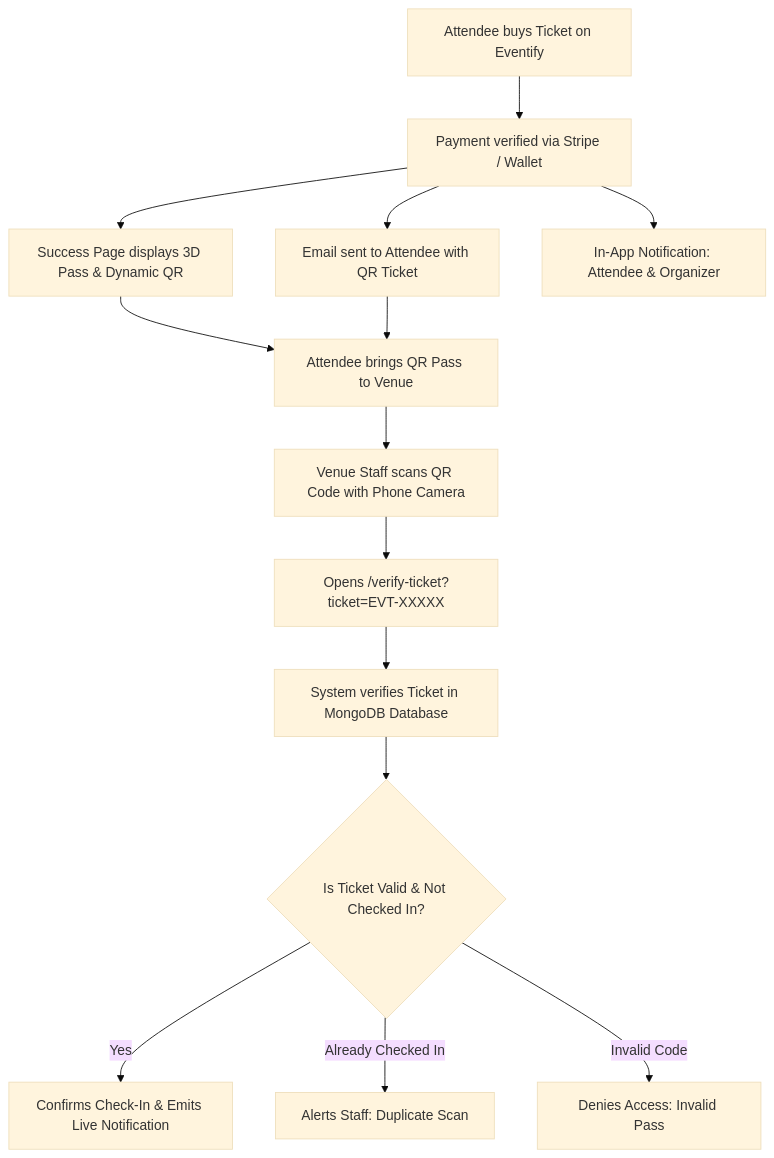
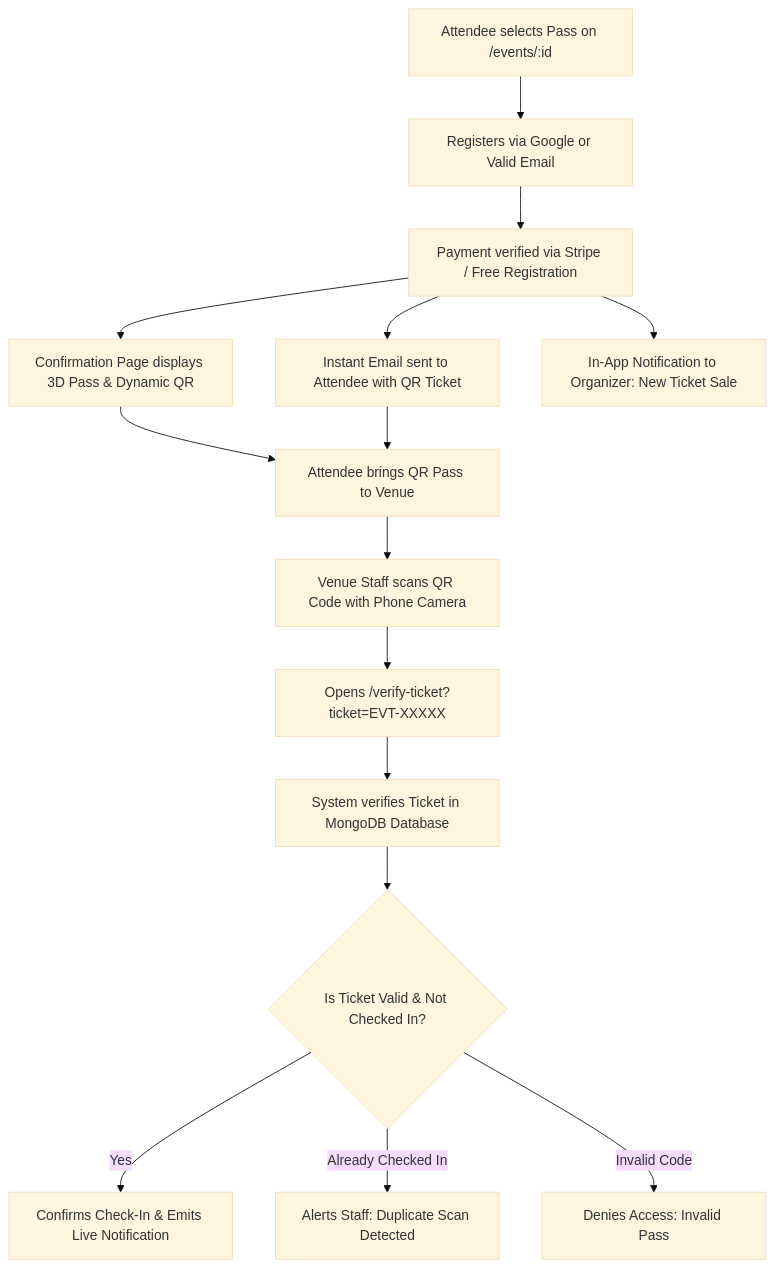
The second of 2 diagrams in README.md (ABDROJR20/eventify), drawn with Mermaid (base theme) before and after one commit. The commit also changed other lines of this file and 21 other files, not shown here.

````diff
--- a/README.md
+++ b/README.md
@@ -229,16 +254,17 @@
 ```mermaid
 graph TD
-    A[Attendee buys Ticket on Eventify] --> B[Payment verified via Stripe / Wallet]
-    B --> C[Success Page displays 3D Pass & Dynamic QR]
-    B --> D[Email sent to Attendee with QR Ticket]
-    B --> N1[In-App Notification: Attendee & Organizer]
-    C --> E[Attendee brings QR Pass to Venue]
-    D --> E
-    E --> F[Venue Staff scans QR Code with Phone Camera]
-    F --> G[Opens /verify-ticket?ticket=EVT-XXXXX]
-    G --> H[System verifies Ticket in MongoDB Database]
-    H --> I{Is Ticket Valid & Not Checked In?}
-    I -- Yes --> J[Confirms Check-In & Emits Live Notification]
-    I -- Already Checked In --> K[Alerts Staff: Duplicate Scan]
-    I -- Invalid Code --> L[Denies Access: Invalid Pass]
+    A[Attendee selects Pass on /events/:id] --> B[Registers via Google or Valid Email]
+    B --> C[Payment verified via Stripe / Free Registration]
+    C --> D[Confirmation Page displays 3D Pass & Dynamic QR]
+    C --> E[Instant Email sent to Attendee with QR Ticket]
+    C --> N1[In-App Notification to Organizer: New Ticket Sale]
+    D --> F[Attendee brings QR Pass to Venue]
+    E --> F
+    F --> G[Venue Staff scans QR Code with Phone Camera]
+    G --> H[Opens /verify-ticket?ticket=EVT-XXXXX]
+    H --> I[System verifies Ticket in MongoDB Database]
+    I --> J{Is Ticket Valid & Not Checked In?}
+    J -- Yes --> K[Confirms Check-In & Emits Live Notification]
+    J -- Already Checked In --> L[Alerts Staff: Duplicate Scan Detected]
+    J -- Invalid Code --> M[Denies Access: Invalid Pass]
 ```
````
